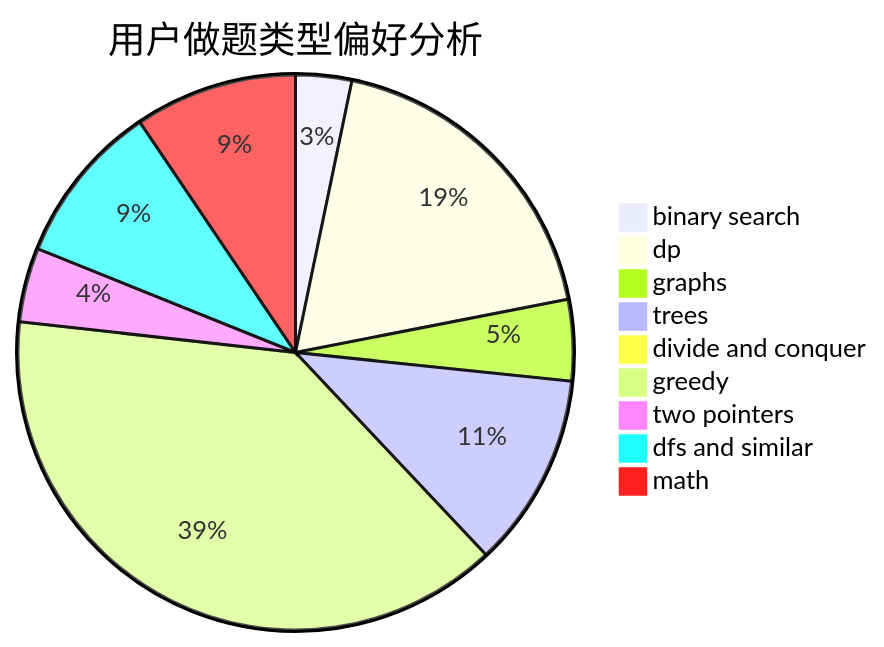
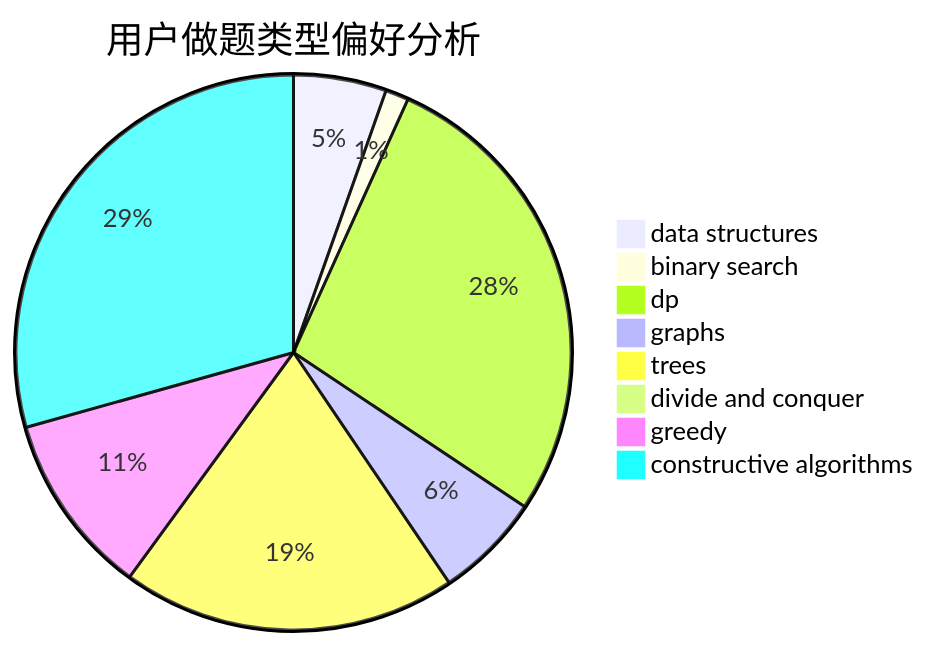
One commit to sherpahu/cfrs.github.io changed the second of 3 diagrams in docs/user/u1640.md. Above: the diagram before and after it, drawn with Mermaid. The commit also changed other lines of this file and 2775 other files, not shown here.

````diff
--- a/docs/user/u1640.md
+++ b/docs/user/u1640.md
@@ -23,12 +23,11 @@
 ```mermaid
 pie title 用户做题类型偏好分析
-    "binary search" :  40
-    "dp" :  229
-    "graphs" :  58
-    "trees" :  139
+    "data structures" :  28
+    "binary search" :  7
+    "dp" :  143
+    "graphs" :  32
+    "trees" :  101
     "divide and conquer" :  1
-    "greedy" :  476
-    "two pointers" :  53
-    "dfs and similar" :  116
-    "math" :  116
+    "greedy" :  55
+    "constructive algorithms" :  152
 ```
````
